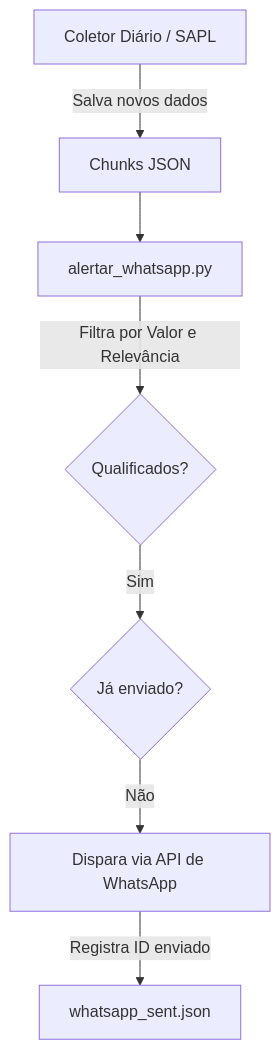
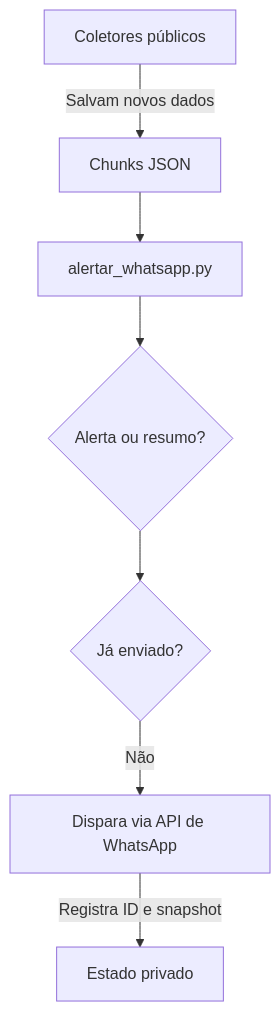
One commit to speedvarginha-coder/fiscalizavarginha changed the diagram in docs/como-alertar-whatsapp.md. Above: the diagram before and after it, drawn with Mermaid. The commit also changed other lines of this file and 111 other files, not shown here.

First line of the commit message:
chore: versiona estado atual do painel (dados, whatsapp, emendas, ofícios)

````diff
--- a/docs/como-alertar-whatsapp.md
+++ b/docs/como-alertar-whatsapp.md
@@ -9,9 +9,9 @@
 ```mermaid
 graph TD
-    A[Coletor Diário / SAPL] -->|Salva novos dados| B[Chunks JSON]
+    A[Coletores públicos] -->|Salvam novos dados| B[Chunks JSON]
     B --> C[alertar_whatsapp.py]
-    C -->|Filtra por Valor e Relevância| D{Qualificados?}
-    D -->|Sim| E{Já enviado?}
+    C --> D{Alerta ou resumo?}
+    D --> E{Já enviado?}
     E -->|Não| F[Dispara via API de WhatsApp]
-    F -->|Registra ID enviado| G[whatsapp_sent.json]
+    F -->|Registra ID e snapshot| G[Estado privado]
 ```
````
